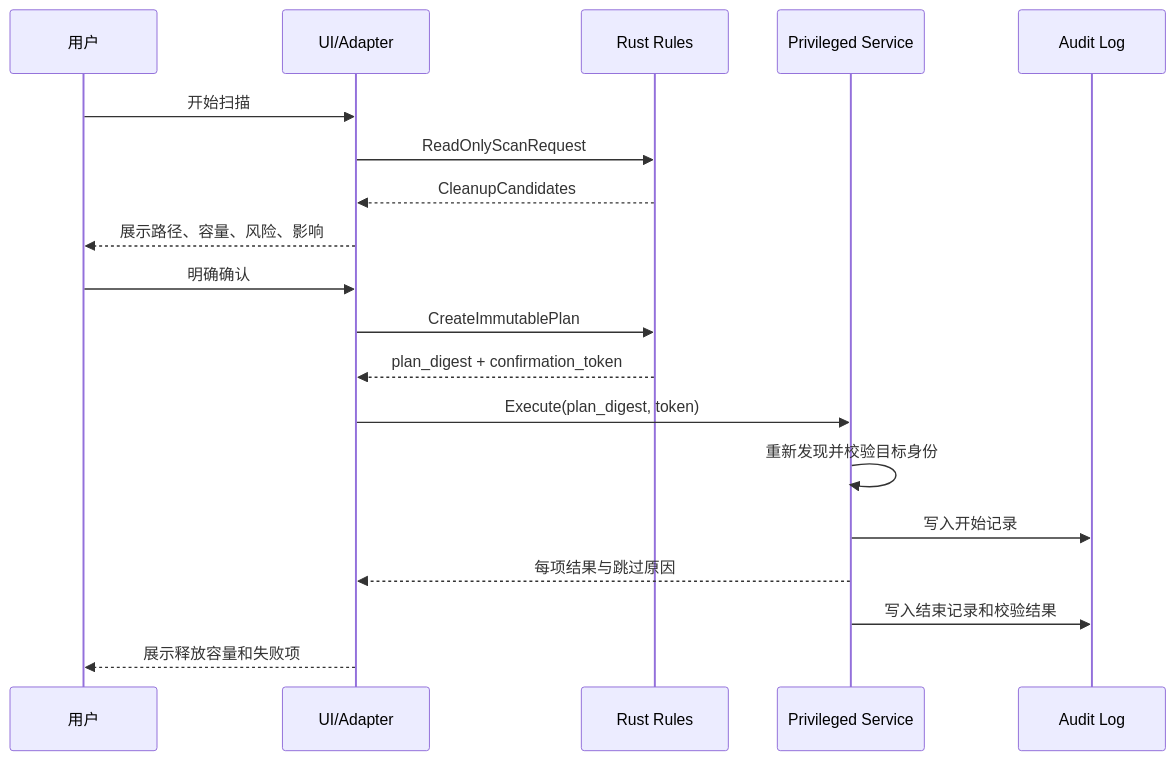
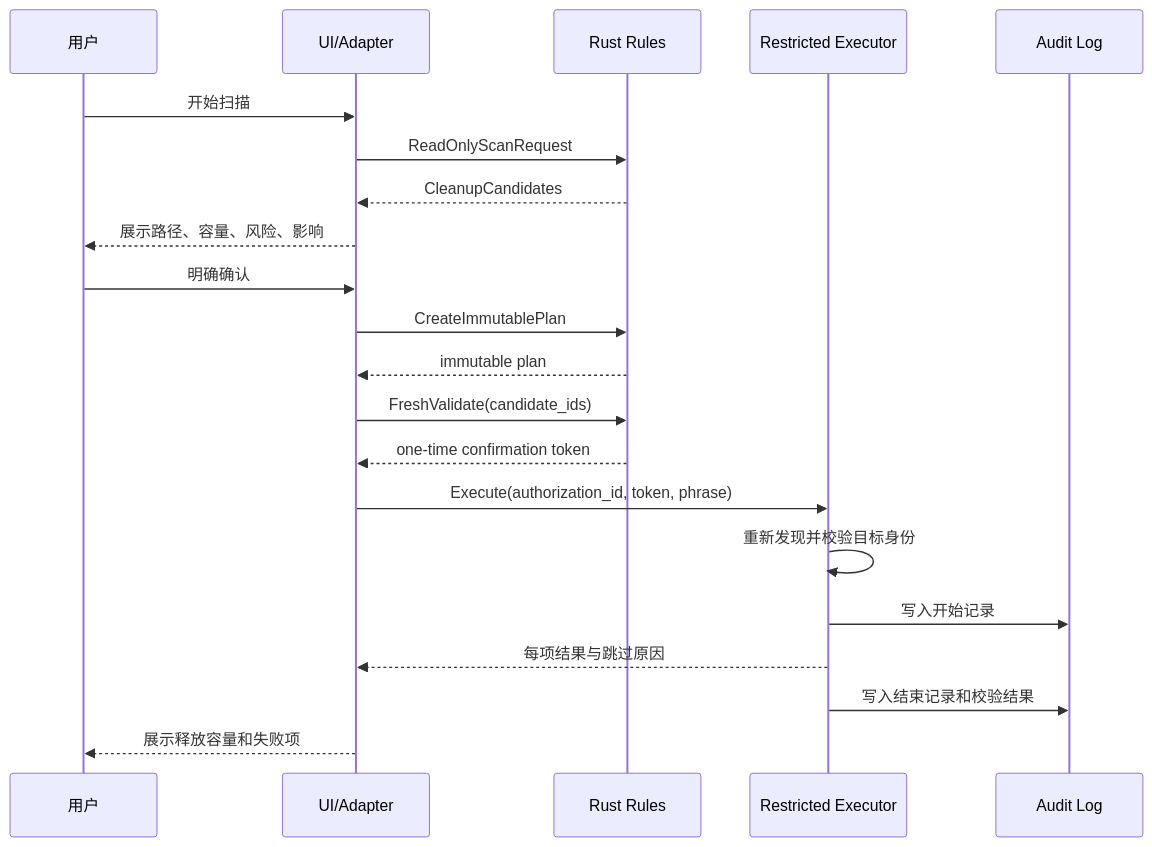
Before and after one commit to leaf-zly/clarity-disk: the second of 2 diagrams in docs/roadmap/implementation-plan.md, drawn with Mermaid. The commit also changed other lines of this file and 22 other files, not shown here.

````diff
--- a/docs/roadmap/implementation-plan.md
+++ b/docs/roadmap/implementation-plan.md
@@ -89,21 +89,23 @@
 ```mermaid
 sequenceDiagram
   participant U as 用户
   participant A as UI/Adapter
   participant R as Rust Rules
-  participant S as Privileged Service
+  participant S as Restricted Executor
   participant L as Audit Log
   U->>A: 开始扫描
   A->>R: ReadOnlyScanRequest
   R-->>A: CleanupCandidates
   A-->>U: 展示路径、容量、风险、影响
   U->>A: 明确确认
   A->>R: CreateImmutablePlan
-  R-->>A: plan_digest + confirmation_token
-  A->>S: Execute(plan_digest, token)
+  R-->>A: immutable plan
+  A->>R: FreshValidate(candidate_ids)
+  R-->>A: one-time confirmation token
+  A->>S: Execute(authorization_id, token, phrase)
   S->>S: 重新发现并校验目标身份
   S->>L: 写入开始记录
   S-->>A: 每项结果与跳过原因
   S->>L: 写入结束记录和校验结果
   A-->>U: 展示释放容量和失败项
 ```
````
